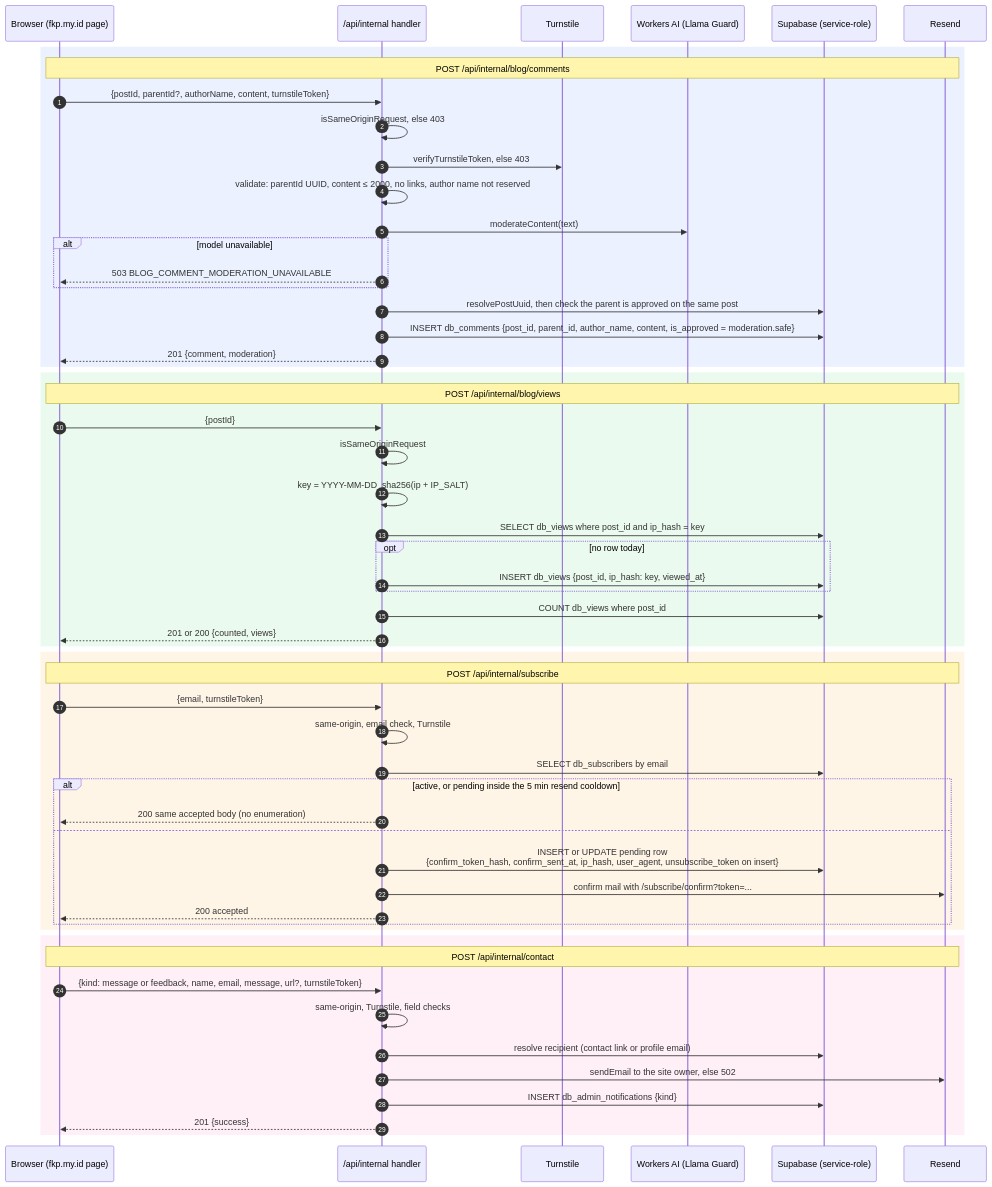
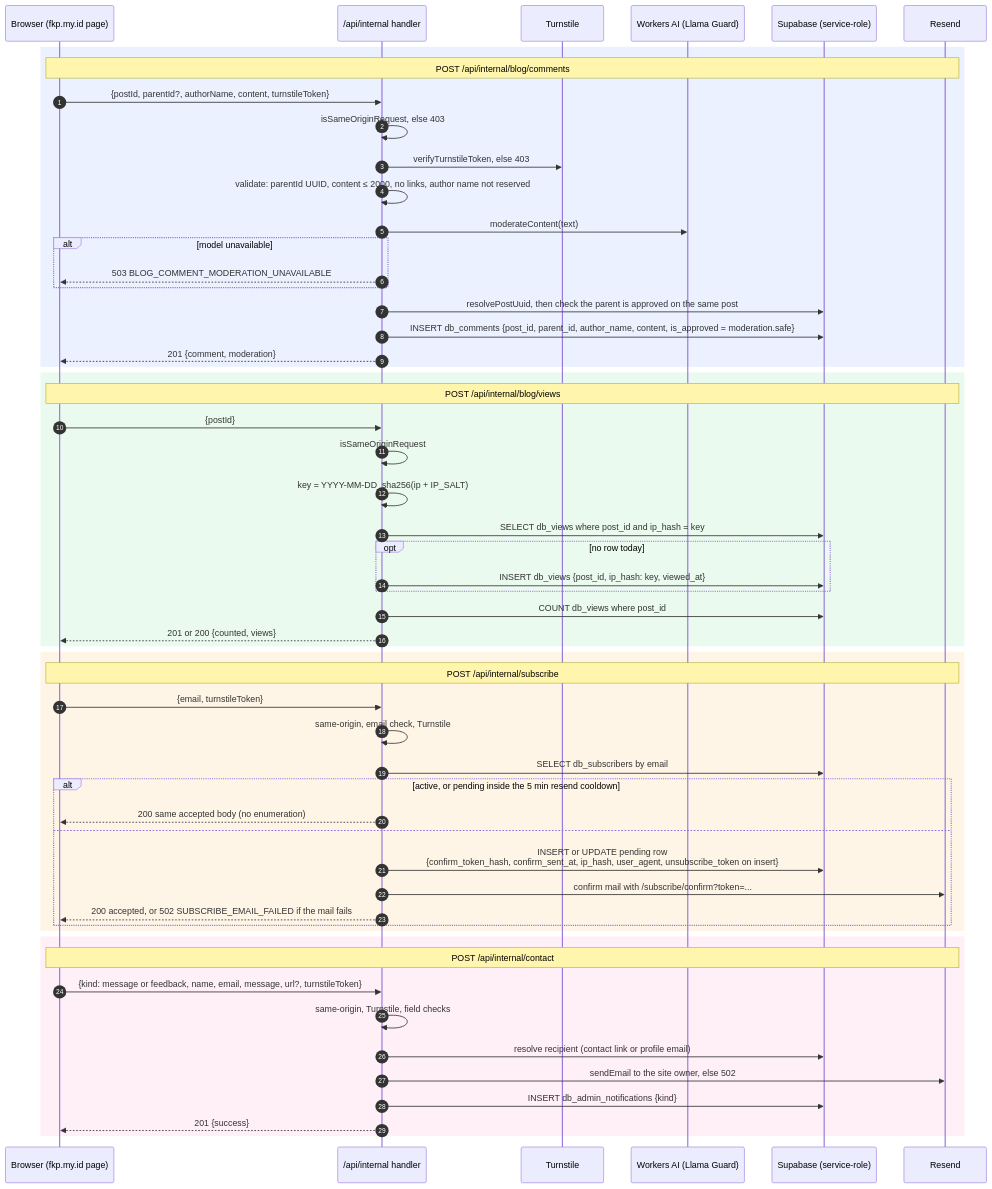
The diagram in docs/001-architecture/004-public-write-endpoints.md (farhnkrnapratma/idstead), drawn with Mermaid before and after one commit. The commit also changed other lines of this file and 20 other files, not shown here.

````diff
--- a/docs/001-architecture/004-public-write-endpoints.md
+++ b/docs/001-architecture/004-public-write-endpoints.md
@@ -5,62 +5,62 @@
 ```mermaid
 sequenceDiagram
     autonumber
     participant B as Browser (fkp.my.id page)
     participant H as /api/internal handler
     participant TS as Turnstile
     participant AI as Workers AI (Llama Guard)
     participant DB as Supabase (service-role)
     participant RS as Resend
 
     rect rgba(120, 160, 255, 0.15)
     Note over B,RS: POST /api/internal/blog/comments
     B->>H: {postId, parentId?, authorName, content, turnstileToken}
     H->>H: isSameOriginRequest, else 403
     H->>TS: verifyTurnstileToken, else 403
     H->>H: validate: parentId UUID, content ≤ 2000, no links, author name not reserved
     H->>AI: moderateContent(text)
     alt model unavailable
         H-->>B: 503 BLOG_COMMENT_MODERATION_UNAVAILABLE
     end
     H->>DB: resolvePostUuid, then check the parent is approved on the same post
     H->>DB: INSERT db_comments {post_id, parent_id, author_name, content, is_approved = moderation.safe}
     H-->>B: 201 {comment, moderation}
     end
 
     rect rgba(120, 220, 140, 0.15)
     Note over B,RS: POST /api/internal/blog/views
     B->>H: {postId}
     H->>H: isSameOriginRequest
     H->>H: key = YYYY-MM-DD_sha256(ip + IP_SALT)
     H->>DB: SELECT db_views where post_id and ip_hash = key
     opt no row today
         H->>DB: INSERT db_views {post_id, ip_hash: key, viewed_at}
     end
     H->>DB: COUNT db_views where post_id
     H-->>B: 201 or 200 {counted, views}
     end
 
     rect rgba(255, 200, 120, 0.18)
     Note over B,RS: POST /api/internal/subscribe
     B->>H: {email, turnstileToken}
     H->>H: same-origin, email check, Turnstile
     H->>DB: SELECT db_subscribers by email
     alt active, or pending inside the 5 min resend cooldown
         H-->>B: 200 same accepted body (no enumeration)
     else
         H->>DB: INSERT or UPDATE pending row<br/>{confirm_token_hash, confirm_sent_at, ip_hash, user_agent, unsubscribe_token on insert}
         H->>RS: confirm mail with /subscribe/confirm?token=...
-        H-->>B: 200 accepted
+        H-->>B: 200 accepted, or 502 SUBSCRIBE_EMAIL_FAILED if the mail fails
     end
     end
 
     rect rgba(255, 150, 200, 0.15)
     Note over B,RS: POST /api/internal/contact
     B->>H: {kind: message or feedback, name, email, message, url?, turnstileToken}
     H->>H: same-origin, Turnstile, field checks
     H->>DB: resolve recipient (contact link or profile email)
     H->>RS: sendEmail to the site owner, else 502
     H->>DB: INSERT db_admin_notifications {kind}
     H-->>B: 201 {success}
     end
 ```
````
